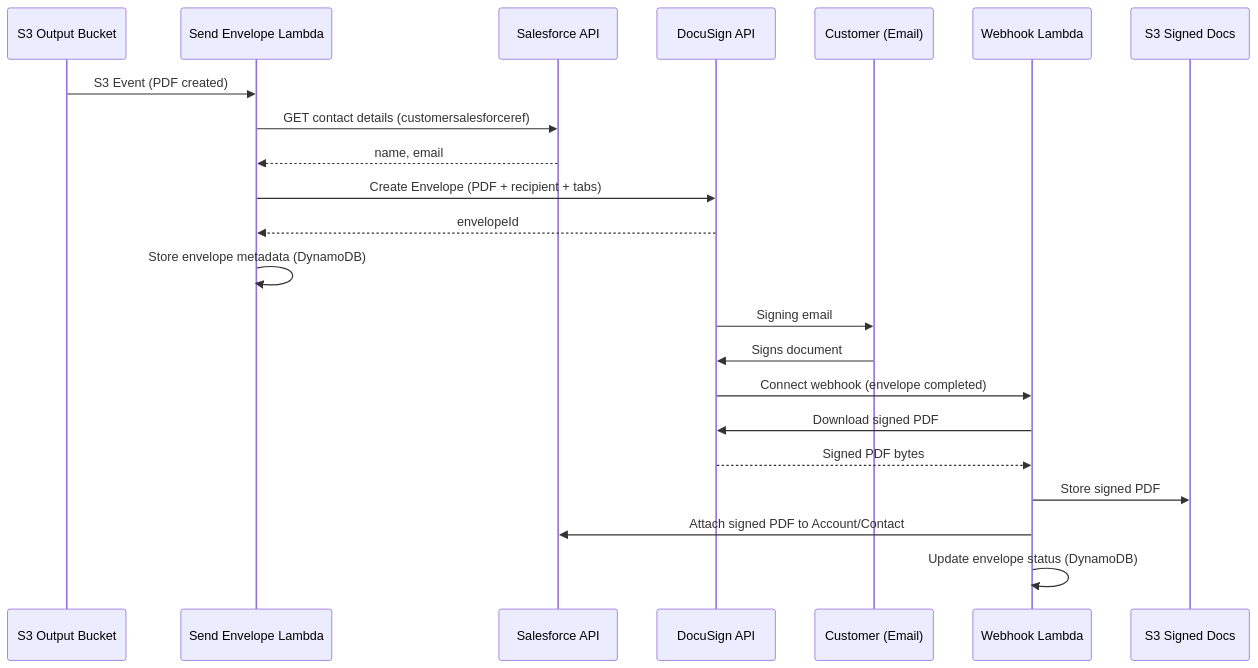
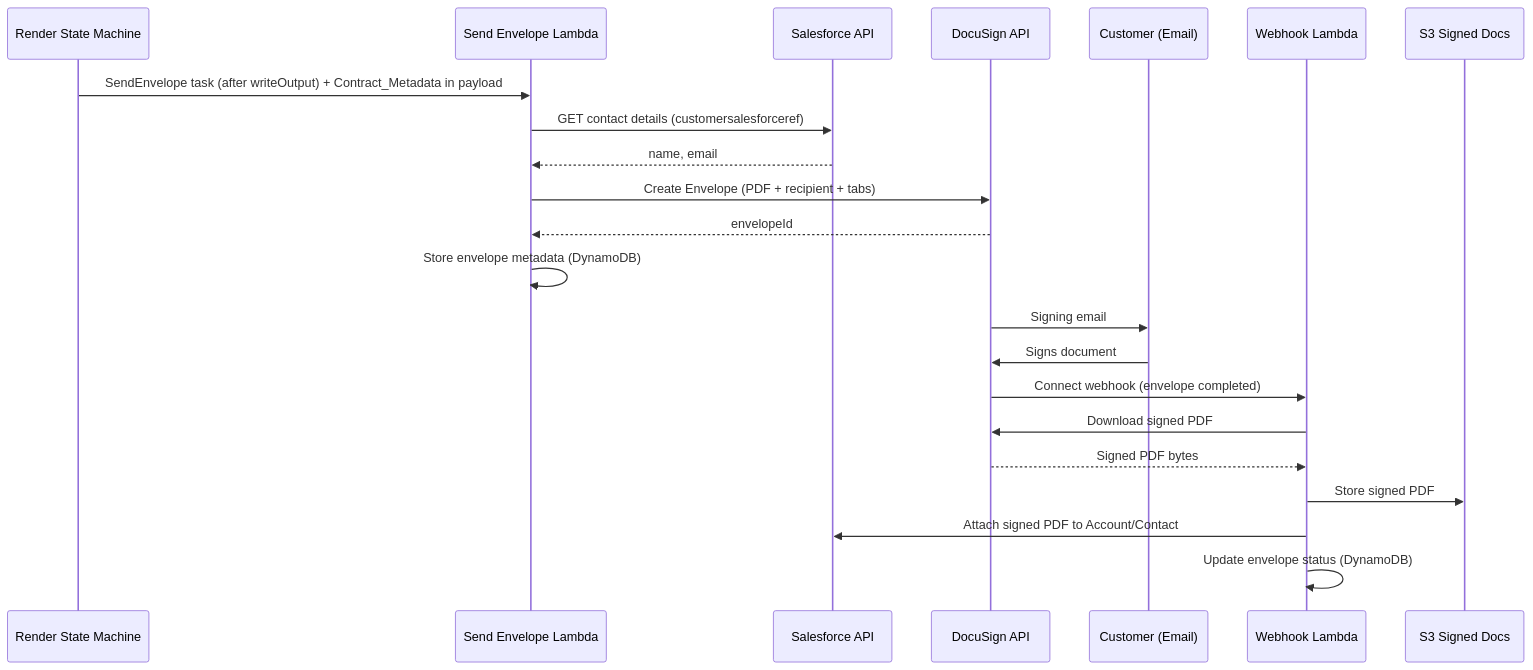
The diagram in .kiro/specs/contract-note-docusign-integration/design.md (MartinWhippD55/d55-analysis), drawn with Mermaid before and after one commit. The commit also changed other lines of this file and 6 other files, not shown here.

````diff
--- a/.kiro/specs/contract-note-docusign-integration/design.md
+++ b/.kiro/specs/contract-note-docusign-integration/design.md
@@ -18,25 +31,25 @@
 ```mermaid
 sequenceDiagram
-    participant S3Out as S3 Output Bucket
+    participant Render as Render State Machine
     participant SendLambda as Send Envelope Lambda
     participant SF as Salesforce API
     participant DS as DocuSign API
     participant Customer as Customer (Email)
     participant Webhook as Webhook Lambda
     participant S3Signed as S3 Signed Docs
 
-    S3Out->>SendLambda: S3 Event (PDF created)
+    Render->>SendLambda: SendEnvelope task (after writeOutput) + Contract_Metadata in payload
     SendLambda->>SF: GET contact details (customersalesforceref)
     SF-->>SendLambda: name, email
     SendLambda->>DS: Create Envelope (PDF + recipient + tabs)
     DS-->>SendLambda: envelopeId
     SendLambda->>SendLambda: Store envelope metadata (DynamoDB)
     DS->>Customer: Signing email
     Customer->>DS: Signs document
     DS->>Webhook: Connect webhook (envelope completed)
     Webhook->>DS: Download signed PDF
     DS-->>Webhook: Signed PDF bytes
     Webhook->>S3Signed: Store signed PDF
     Webhook->>SF: Attach signed PDF to Account/Contact
     Webhook->>Webhook: Update envelope status (DynamoDB)
 ```
````
